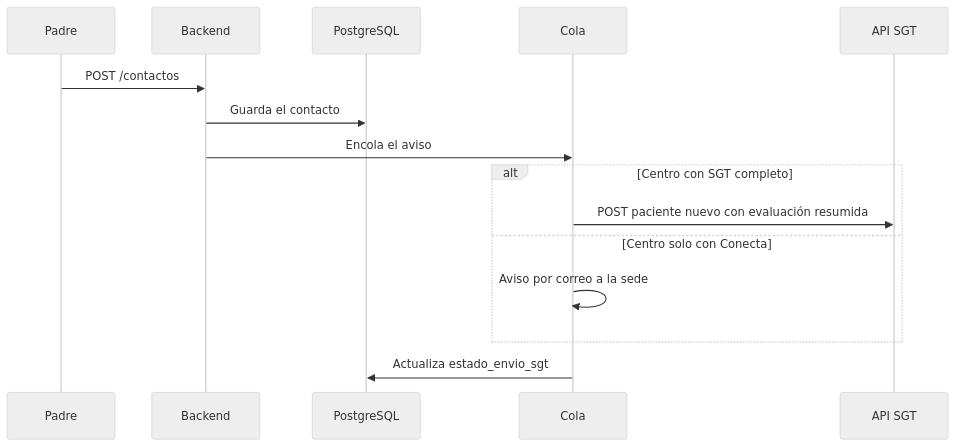
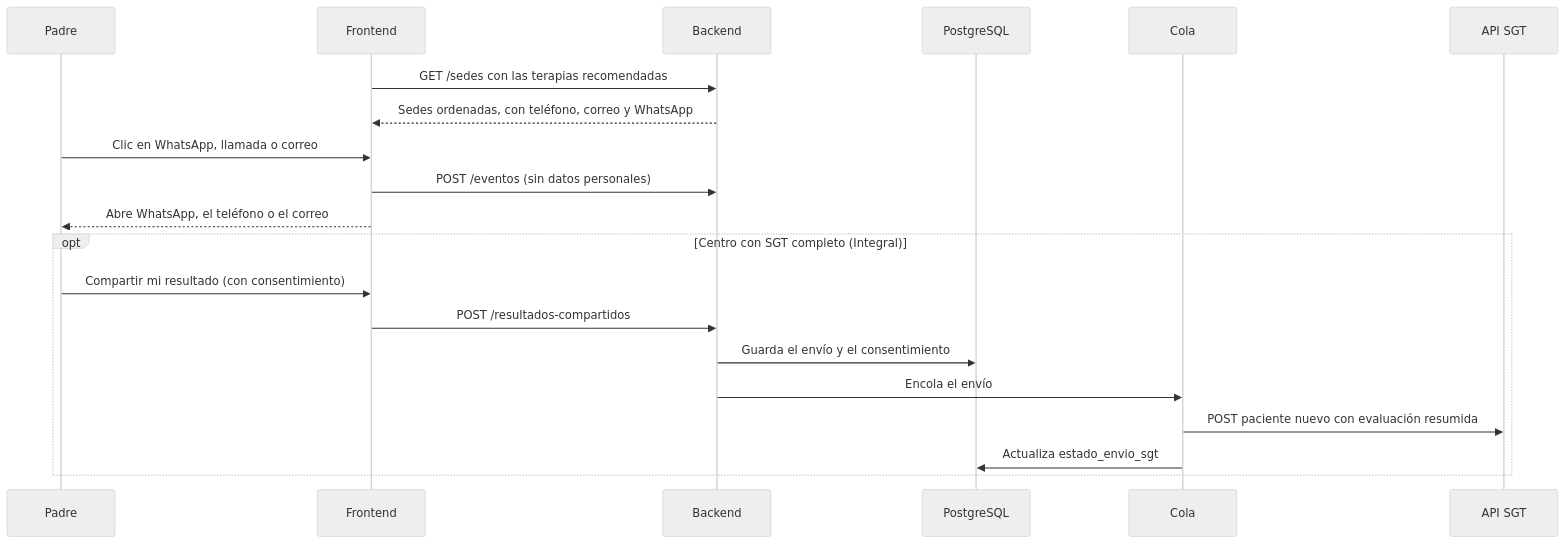
One commit to ErnestoSCL/neuroa-modelo-tamizaje changed the fifth of 6 diagrams in docs/arquitectura_conecta.md. Above: the diagram before and after it, drawn with Mermaid (neutral theme). The commit also changed other lines of this file and 1 other file, not shown here.

First line of the commit message:
Record Conecta architecture decisions

````diff
--- a/docs/arquitectura_conecta.md
+++ b/docs/arquitectura_conecta.md
@@ -344,17 +363,22 @@
 ```mermaid
 sequenceDiagram
     participant Pa as Padre
+    participant W as Frontend
     participant A as Backend
     participant DB as PostgreSQL
     participant Q as Cola
     participant S as API SGT
-    Pa->>A: POST /contactos
-    A->>DB: Guarda el contacto
-    A->>Q: Encola el aviso
-    alt Centro con SGT completo
+    W->>A: GET /sedes con las terapias recomendadas
+    A-->>W: Sedes ordenadas, con teléfono, correo y WhatsApp
+    Pa->>W: Clic en WhatsApp, llamada o correo
+    W->>A: POST /eventos (sin datos personales)
+    W-->>Pa: Abre WhatsApp, el teléfono o el correo
+    opt Centro con SGT completo (Integral)
+        Pa->>W: Compartir mi resultado (con consentimiento)
+        W->>A: POST /resultados-compartidos
+        A->>DB: Guarda el envío y el consentimiento
+        A->>Q: Encola el envío
         Q->>S: POST paciente nuevo con evaluación resumida
-    else Centro solo con Conecta
-        Q->>Q: Aviso por correo a la sede
+        Q->>DB: Actualiza estado_envio_sgt
     end
-    Q->>DB: Actualiza estado_envio_sgt
 ```
````
